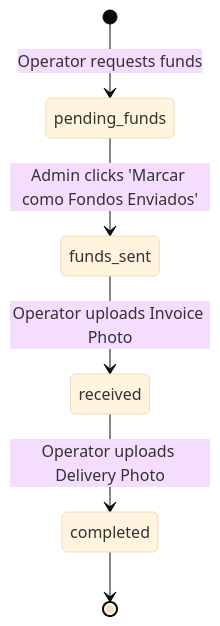
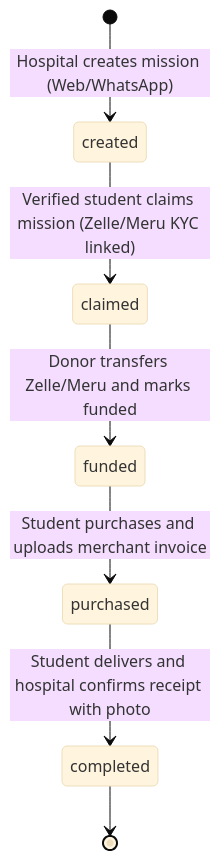
Before and after one commit to manuelramirezr/redinsumos-vzla: the diagram in specs/data-model.md, drawn with Mermaid (base theme). The commit also changed other lines of this file and 6 other files, not shown here.

Commit message:
feat: pivot to hospital/student flow with Meru/Zelle KYC and omnichannel AI agent simulator

````diff
--- a/specs/data-model.md
+++ b/specs/data-model.md
@@ -80,8 +76,9 @@
 ```mermaid
 stateDiagram-v2
-    [*] --> pending_funds : Operator requests funds
-    pending_funds --> funds_sent : Admin clicks 'Marcar como Fondos Enviados'
-    funds_sent --> received : Operator uploads Invoice Photo
-    received --> completed : Operator uploads Delivery Photo
+    [*] --> created : Hospital creates mission (Web/WhatsApp)
+    created --> claimed : Verified student claims mission (Zelle/Meru KYC linked)
+    claimed --> funded : Donor transfers Zelle/Meru and marks funded
+    funded --> purchased : Student purchases and uploads merchant invoice
+    purchased --> completed : Student delivers and hospital confirms receipt with photo
     completed --> [*]
 ```
````
